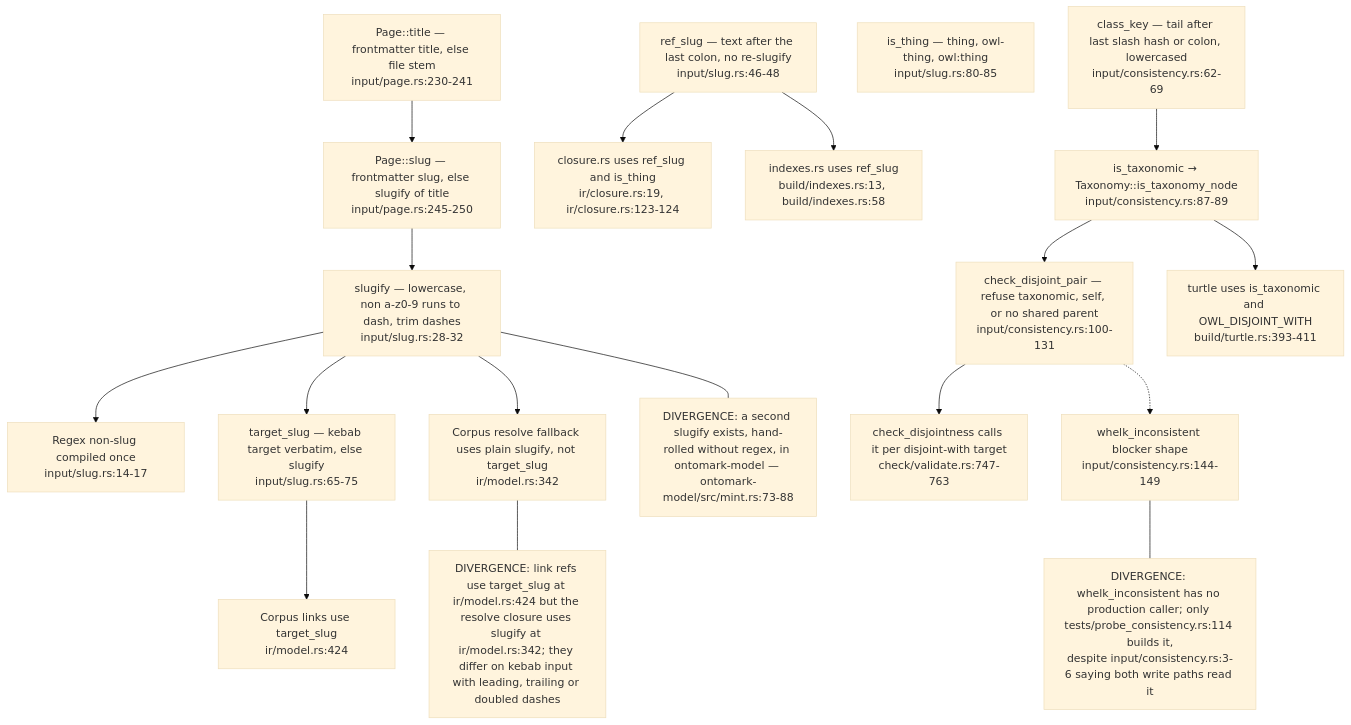
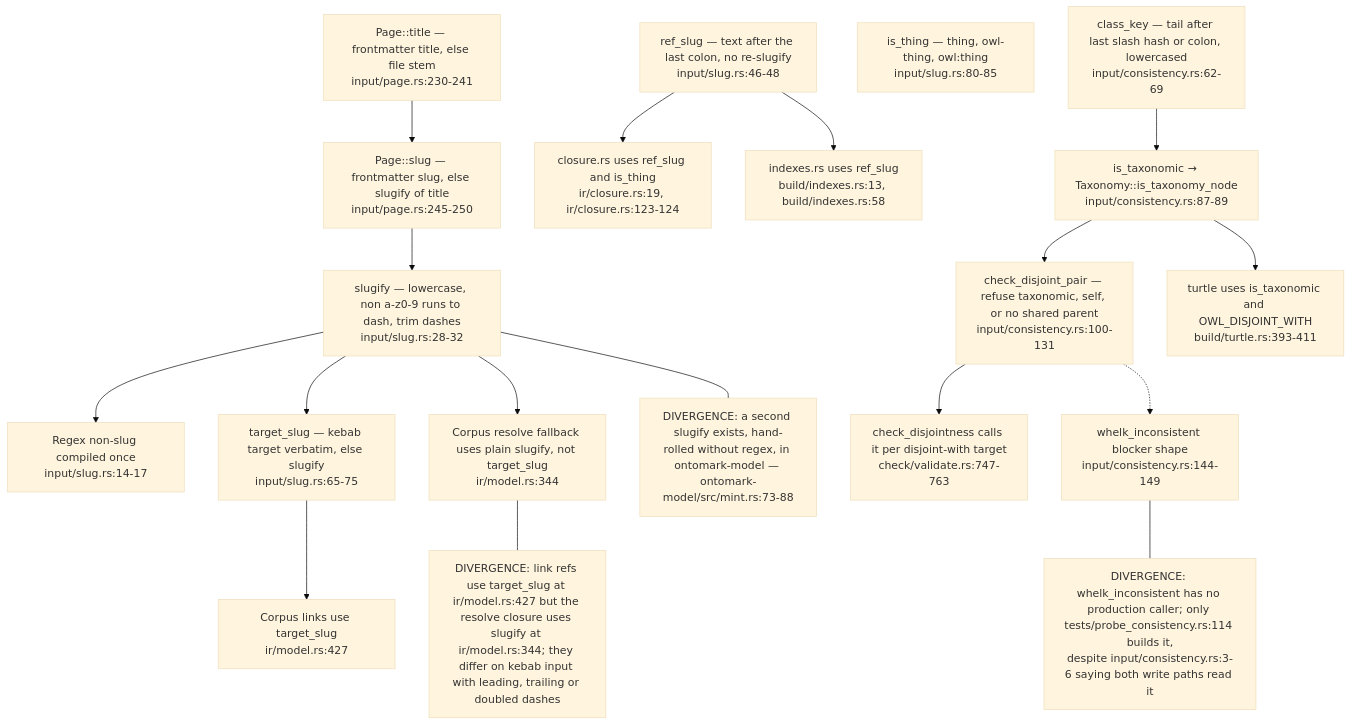
One commit to DreamLab-AI/VisionFlow changed the fifth of 6 diagrams in docs/diagrams/ontomark/01-input-layer-vault-pages-and-gates.md. Above: the diagram before and after it, drawn with Mermaid (base theme). The commit also changed other lines of this file and 59 other files, not shown here.

First line of the commit message:
docs(diagrams): re-derive and re-stamp forum, website, pod, ontomark and sealmap topics

````diff
--- a/docs/diagrams/ontomark/01-input-layer-vault-pages-and-gates.md
+++ b/docs/diagrams/ontomark/01-input-layer-vault-pages-and-gates.md
@@ -211,35 +211,35 @@
 ```mermaid
 flowchart TD
     TITLE["Page::title — frontmatter title, else file stem<br/>input/page.rs:230-241"]
     SLUGP["Page::slug — frontmatter slug, else slugify of title<br/>input/page.rs:245-250"]
     SLUGIFY["slugify — lowercase, non a-z0-9 runs to dash, trim dashes<br/>input/slug.rs:28-32"]
     RE["Regex non-slug compiled once<br/>input/slug.rs:14-17"]
     REFSLUG["ref_slug — text after the last colon, no re-slugify<br/>input/slug.rs:46-48"]
     TARGET["target_slug — kebab target verbatim, else slugify<br/>input/slug.rs:65-75"]
     THING["is_thing — thing, owl-thing, owl:thing<br/>input/slug.rs:80-85"]
     U1["closure.rs uses ref_slug and is_thing<br/>ir/closure.rs:19, ir/closure.rs:123-124"]
     U2["indexes.rs uses ref_slug<br/>build/indexes.rs:13, build/indexes.rs:58"]
-    U3["Corpus links use target_slug<br/>ir/model.rs:424"]
-    U4["Corpus resolve fallback uses plain slugify, not target_slug<br/>ir/model.rs:342"]
+    U3["Corpus links use target_slug<br/>ir/model.rs:427"]
+    U4["Corpus resolve fallback uses plain slugify, not target_slug<br/>ir/model.rs:344"]
     CKEY["class_key — tail after last slash hash or colon, lowercased<br/>input/consistency.rs:62-69"]
     TAX["is_taxonomic → Taxonomy::is_taxonomy_node<br/>input/consistency.rs:87-89"]
     CDP["check_disjoint_pair — refuse taxonomic, self, or no shared parent<br/>input/consistency.rs:100-131"]
     CALL["check_disjointness calls it per disjoint-with target<br/>check/validate.rs:747-763"]
     TTL["turtle uses is_taxonomic and OWL_DISJOINT_WITH<br/>build/turtle.rs:393-411"]
     WHELK["whelk_inconsistent blocker shape<br/>input/consistency.rs:144-149"]
     TITLE --> SLUGP --> SLUGIFY --> RE
     SLUGIFY --> TARGET
     REFSLUG --> U1
     REFSLUG --> U2
     TARGET --> U3
     SLUGIFY --> U4
     CKEY --> TAX --> CDP --> CALL
     TAX --> TTL
     CDP -.-> WHELK
     note1["DIVERGENCE: a second slugify exists, hand-rolled without regex, in ontomark-model — ontomark-model/src/mint.rs:73-88"]
     note2["DIVERGENCE: whelk_inconsistent has no production caller; only tests/probe_consistency.rs:114 builds it,<br/>despite input/consistency.rs:3-6 saying both write paths read it"]
-    note3["DIVERGENCE: link refs use target_slug at ir/model.rs:424 but the resolve closure uses slugify at ir/model.rs:342; they differ on kebab input with leading, trailing or doubled dashes"]
+    note3["DIVERGENCE: link refs use target_slug at ir/model.rs:427 but the resolve closure uses slugify at ir/model.rs:344; they differ on kebab input with leading, trailing or doubled dashes"]
     SLUGIFY --- note1
     WHELK --- note2
     U4 --- note3
 ```
````
